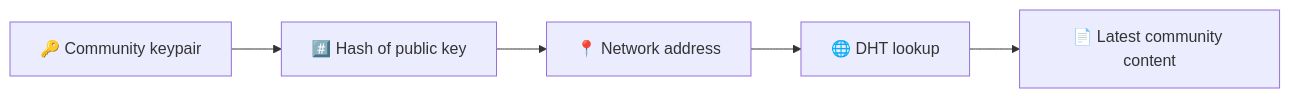
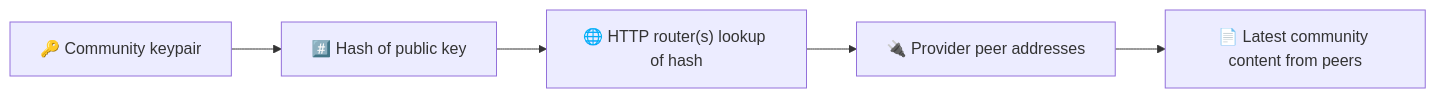
One commit to bitsocialnet/bitsocial-docs changed the first of 5 diagrams in i18n/ar/docusaurus-plugin-content-docs/current/peer-to-peer-protocol.md. Above: the diagram before and after it, drawn with Mermaid. The commit also changed other lines of this file and 733 other files, not shown here.

````diff
--- a/i18n/ar/docusaurus-plugin-content-docs/current/peer-to-peer-protocol.md
+++ b/i18n/ar/docusaurus-plugin-content-docs/current/peer-to-peer-protocol.md
@@ -29,7 +35,7 @@
 ```mermaid
 graph LR
     K["🔑 Community keypair"] --> H["#️⃣ Hash of public key"]
-    H --> A["📍 Network address"]
-    A --> D["🌐 DHT lookup"]
-    D --> C["📄 Latest community content"]
+    H --> D["🌐 HTTP router(s) lookup of hash"]
+    D --> P["🔌 Provider peer addresses"]
+    P --> C["📄 Latest community content from peers"]
 ```
````
